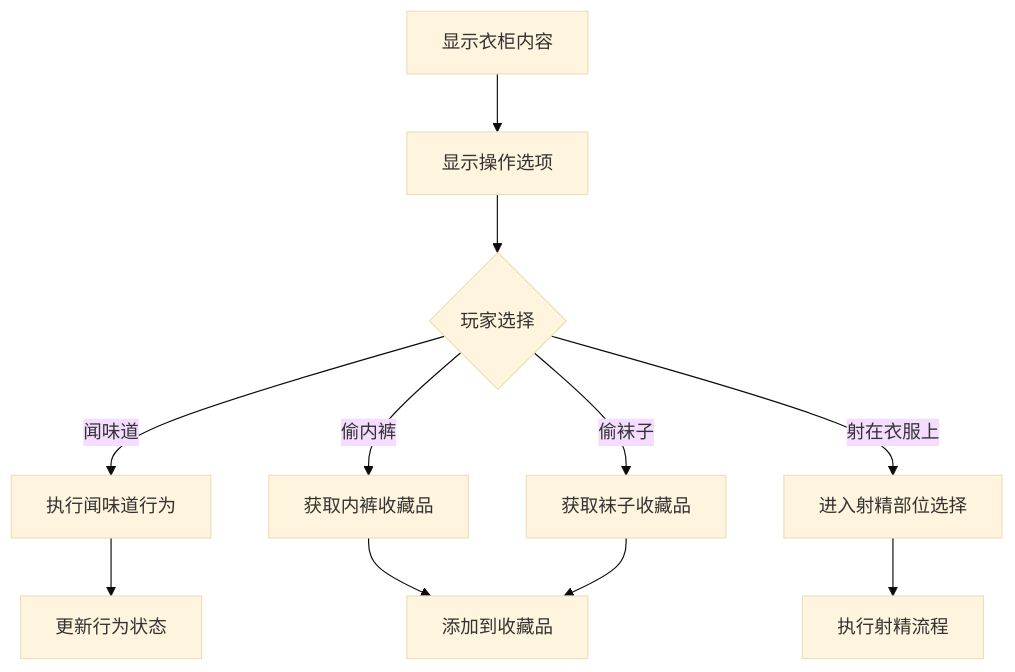
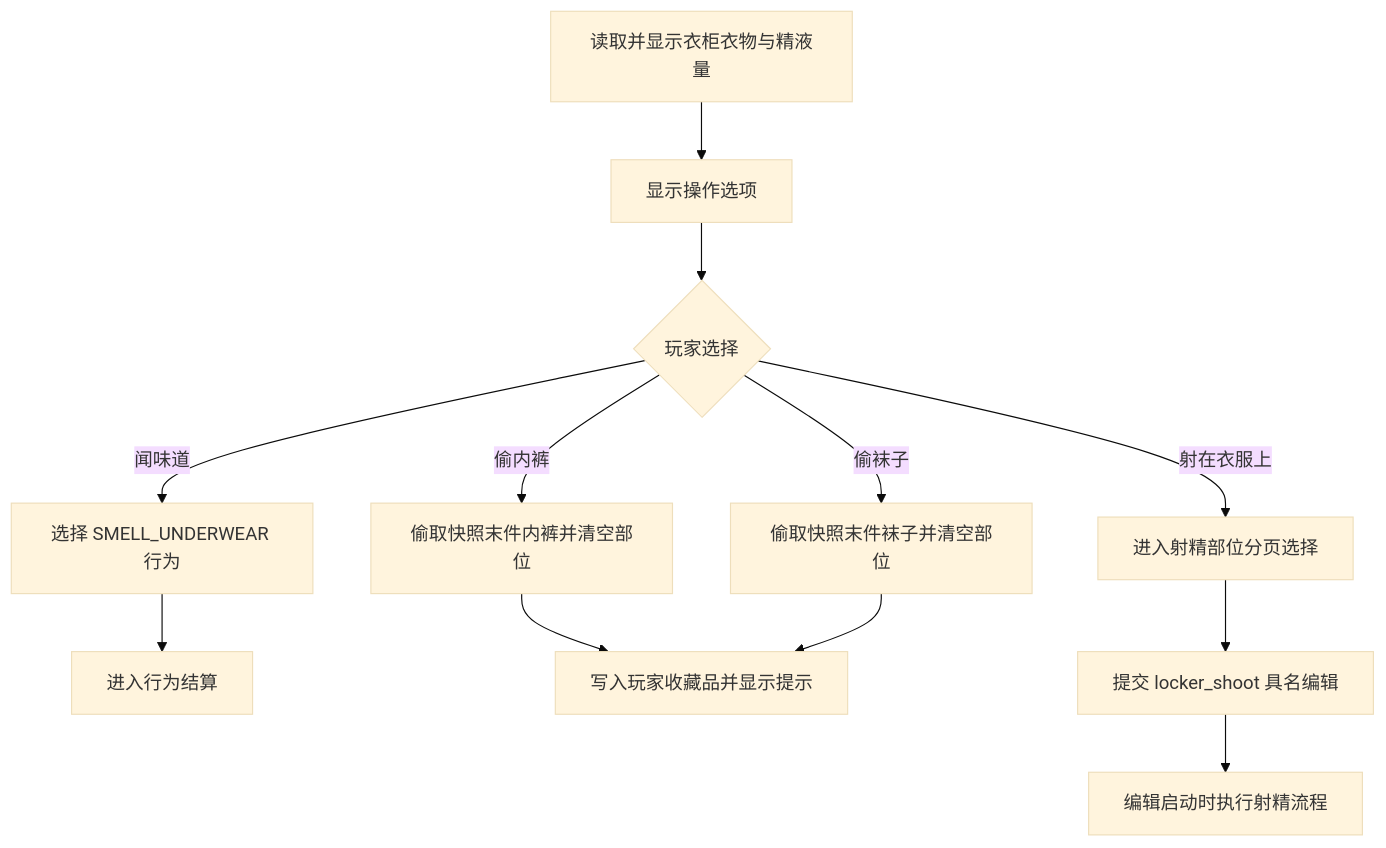
Before and after one commit to meower-z/erArk: the second of 2 diagrams in docs/数据处理工作流/衣柜检查功能.md, drawn with Mermaid (base theme). The commit also changed other lines of this file and 7 other files, not shown here.

````diff
--- a/docs/数据处理工作流/衣柜检查功能.md
+++ b/docs/数据处理工作流/衣柜检查功能.md
@@ -84,13 +89,14 @@
 ```mermaid
 graph TD
-    A[显示衣柜内容] --> D[显示操作选项]
-    D --> E{玩家选择}
-    E -->|闻味道| F[执行闻味道行为]
-    E -->|偷内裤| G[获取内裤收藏品]
-    E -->|偷袜子| H[获取袜子收藏品]
-    E -->|射在衣服上| I[进入射精部位选择]
-    F --> J[更新行为状态]
-    G --> K[添加到收藏品]
-    H --> K
-    I --> L[执行射精流程]
+    A[读取并显示衣柜衣物与精液量] --> B[显示操作选项]
+    B --> C{玩家选择}
+    C -->|闻味道| D[选择 SMELL_UNDERWEAR 行为]
+    C -->|偷内裤| E[偷取快照末件内裤并清空部位]
+    C -->|偷袜子| F[偷取快照末件袜子并清空部位]
+    C -->|射在衣服上| G[进入射精部位分页选择]
+    D --> H[进入行为结算]
+    E --> I[写入玩家收藏品并显示提示]
+    F --> I
+    G --> J[提交 locker_shoot 具名编辑]
+    J --> K[编辑启动时执行射精流程]
 ```
````
